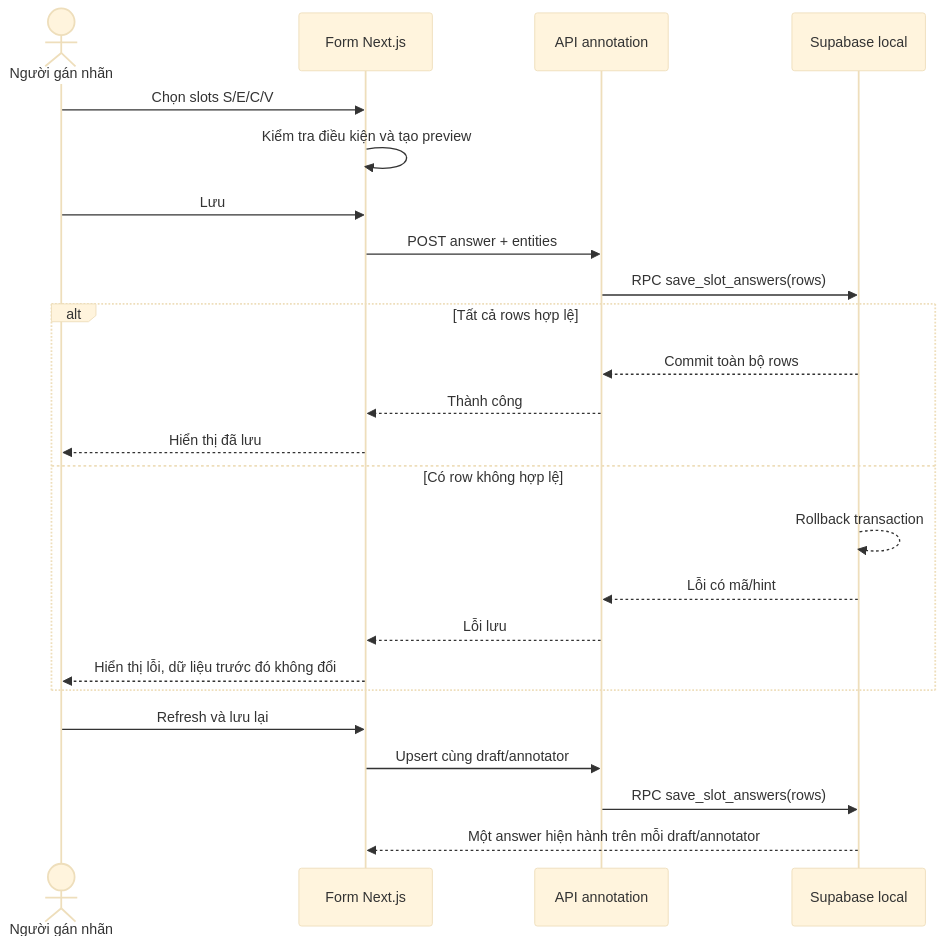
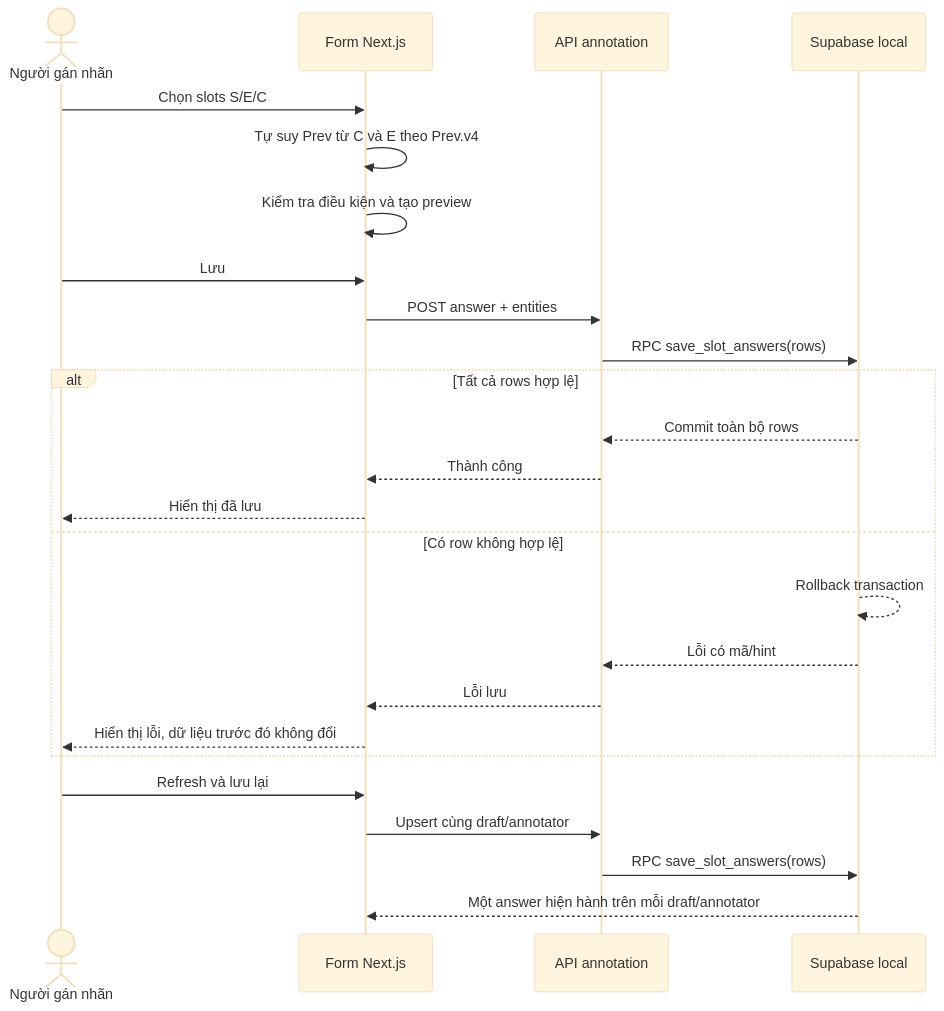
The diagram in features/codebook-rules-update/diagrams/sequence.mmd (rexpow24/vqa-2026), drawn with Mermaid (base theme) before and after one commit. The commit also changed 33 other files, not shown here.

```diff
--- a/features/codebook-rules-update/diagrams/sequence.mmd
+++ b/features/codebook-rules-update/diagrams/sequence.mmd
@@ -1,24 +1,25 @@
 sequenceDiagram
     actor Annotator as Người gán nhãn
     participant UI as Form Next.js
     participant API as API annotation
     participant DB as Supabase local
-    Annotator->>UI: Chọn slots S/E/C/V
+    Annotator->>UI: Chọn slots S/E/C
+    UI->>UI: Tự suy Prev từ C và E theo Prev.v4
     UI->>UI: Kiểm tra điều kiện và tạo preview
     Annotator->>UI: Lưu
     UI->>API: POST answer + entities
     API->>DB: RPC save_slot_answers(rows)
     alt Tất cả rows hợp lệ
         DB-->>API: Commit toàn bộ rows
         API-->>UI: Thành công
         UI-->>Annotator: Hiển thị đã lưu
     else Có row không hợp lệ
         DB-->>DB: Rollback transaction
         DB-->>API: Lỗi có mã/hint
         API-->>UI: Lỗi lưu
         UI-->>Annotator: Hiển thị lỗi, dữ liệu trước đó không đổi
     end
     Annotator->>UI: Refresh và lưu lại
     UI->>API: Upsert cùng draft/annotator
     API->>DB: RPC save_slot_answers(rows)
     DB-->>UI: Một answer hiện hành trên mỗi draft/annotator
```
